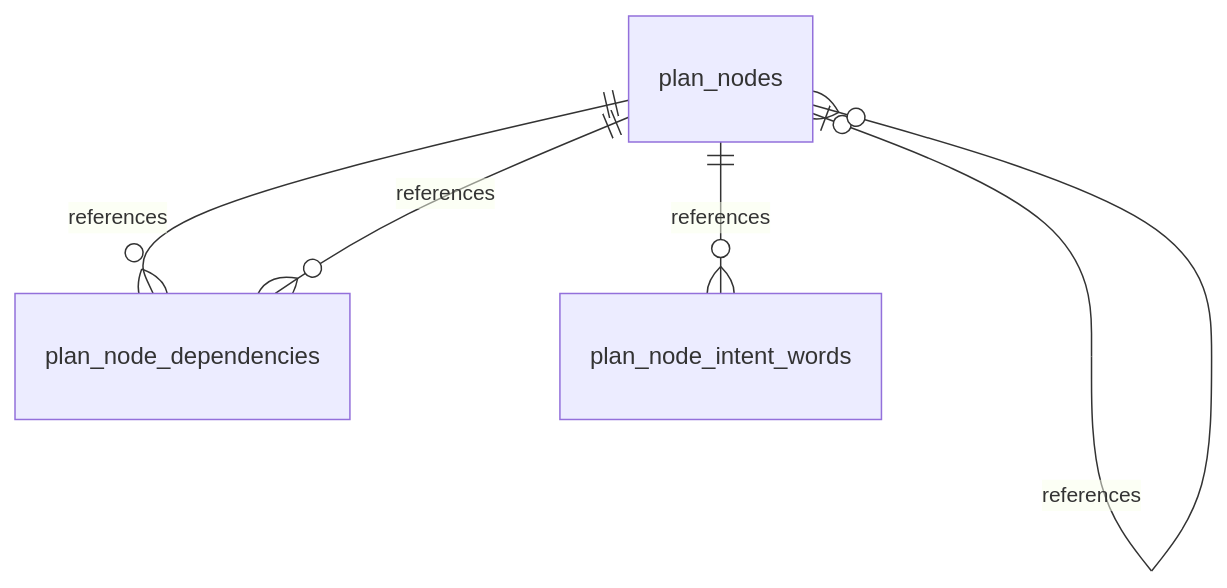
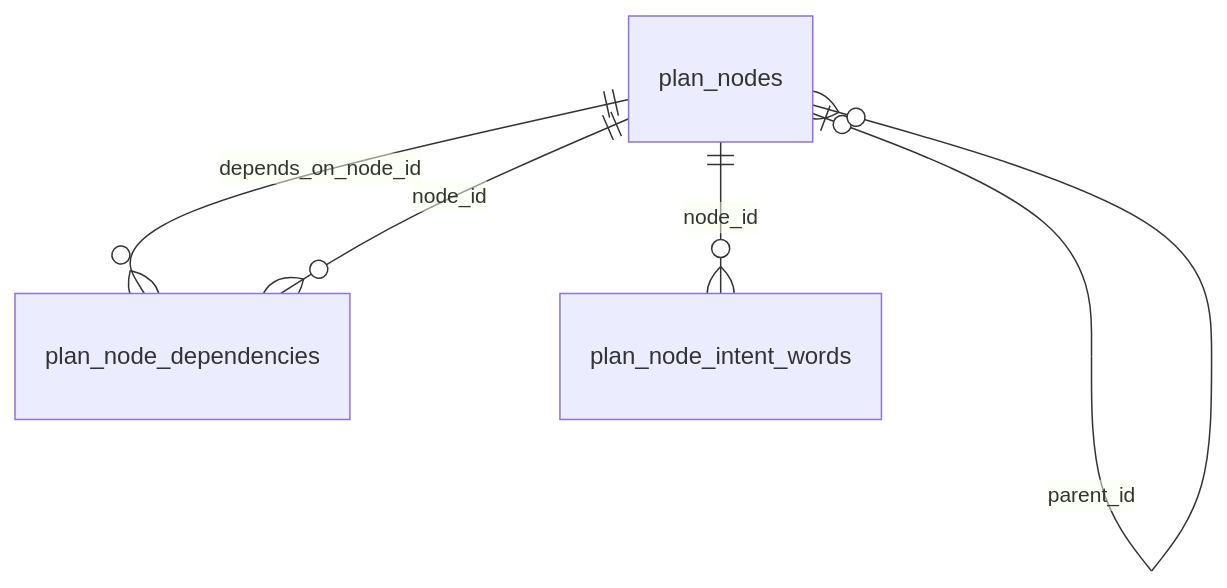
The fourth of 5 diagrams in docs/reference/data-model/plans.md (cebertowicz/corsia), drawn with Mermaid before and after one commit. The commit also changed other lines of this file and 10 other files, not shown here.

````diff
--- a/docs/reference/data-model/plans.md
+++ b/docs/reference/data-model/plans.md
@@ -37,10 +37,10 @@
 ```mermaid
 erDiagram
-    plan_nodes ||--o{ plan_node_dependencies : references
-    plan_nodes ||--o{ plan_node_dependencies : references
-    plan_nodes ||--o{ plan_node_intent_words : references
-    plan_nodes ||--o{ plan_nodes : references
-    plan_nodes o|--o{ plan_nodes : references
-    plan_nodes o|--o{ plan_nodes : references
-    plan_nodes o|--o{ plan_nodes : references
+    plan_nodes ||--o{ plan_node_dependencies : depends_on_node_id
+    plan_nodes ||--o{ plan_node_dependencies : node_id
+    plan_nodes ||--o{ plan_node_intent_words : node_id
+    plan_nodes ||--o{ plan_nodes : commitment_id
+    plan_nodes o|--o{ plan_nodes : follow_up_of
+    plan_nodes o|--o{ plan_nodes : intent_node_id
+    plan_nodes o|--o{ plan_nodes : parent_id
 ```
````
